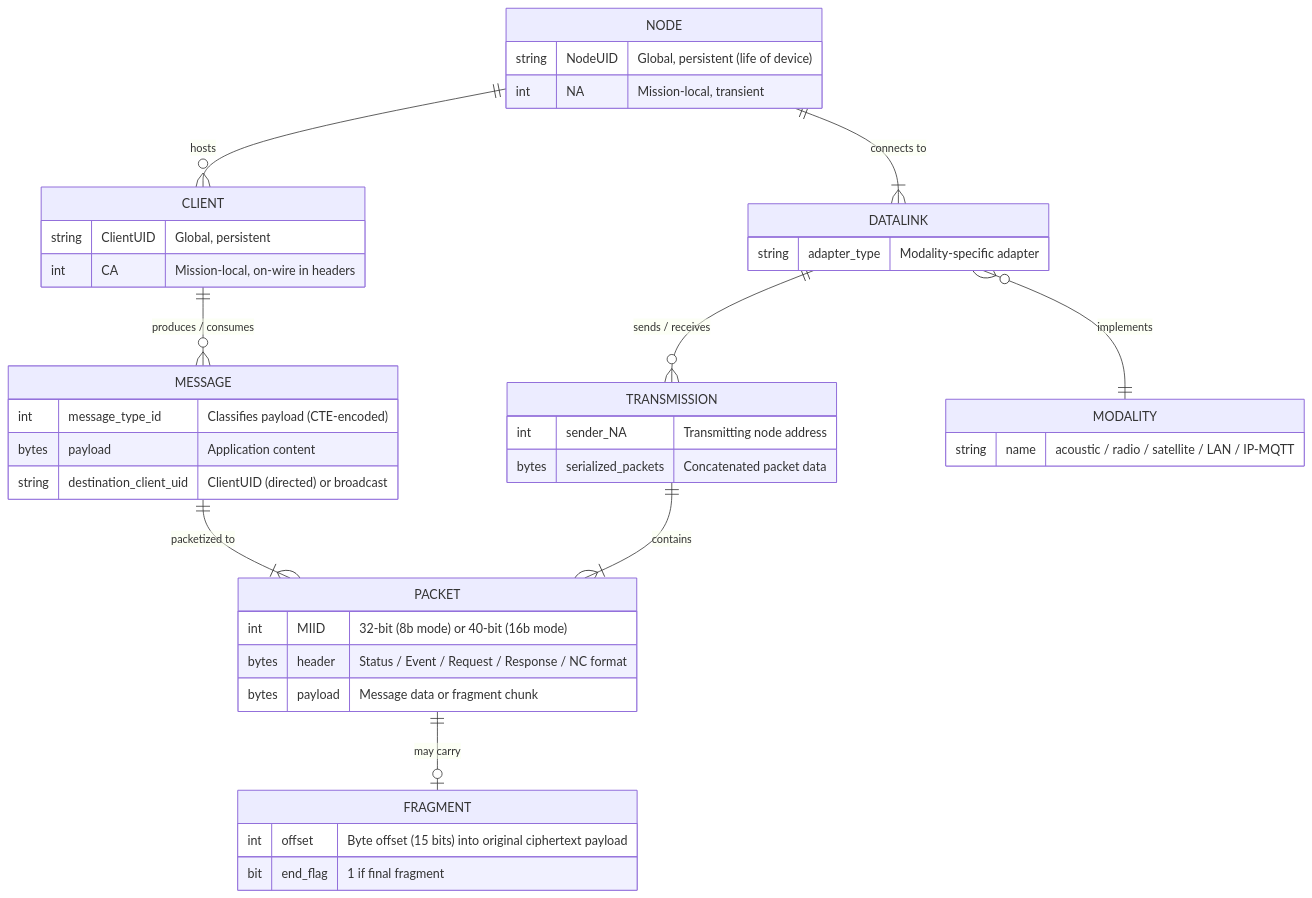
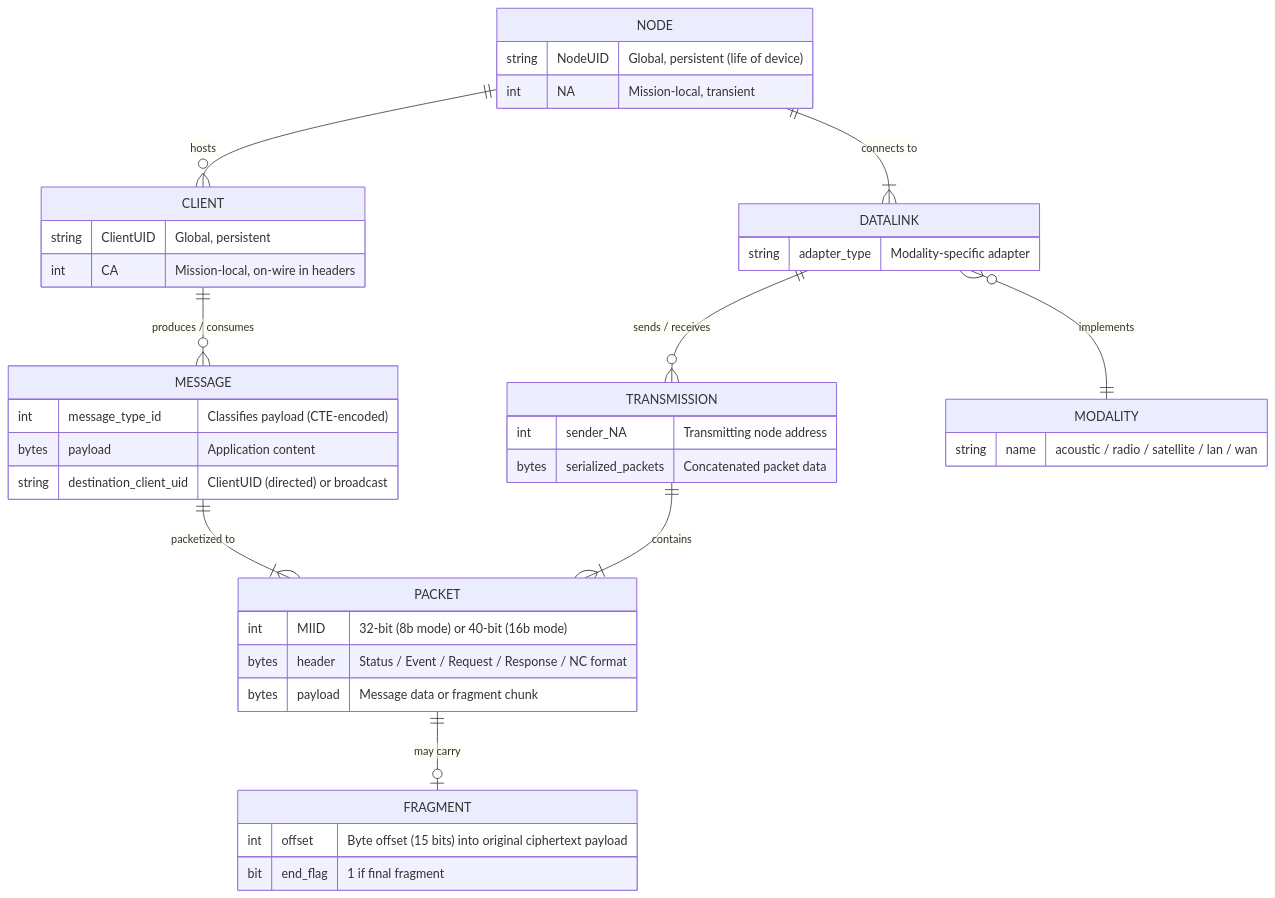
The third of 3 diagrams in sections/02-protocol-overview.md (Poseidons-Forge/m4p-spec), drawn with Mermaid before and after one commit. The commit also changed other lines of this file and 2 other files, not shown here.

Commit message:
Modality vocabulary: wan is canonical, mqtt an input alias
The canonical modality vocabulary becomes acoustic, radio, satellite,
lan, wan - matching the catalog's closed set. Parsers may accept mqtt,
ip/mqtt, and ip-mqtt as aliases for wan (bit 4, wire encoding
unchanged); every emitted name uses wan. Glossary, protocol overview,
and the on-wire modality-mask section updated together.

Knowledge-Driven Forwarding, modality-mask milestone (PSFI-1349).
Implemented by a Claude agent.

Claude-Session: https://claude.ai/code/session_01PuuwGgauhU7sm1wxnv12qp

````diff
--- a/sections/02-protocol-overview.md
+++ b/sections/02-protocol-overview.md
@@ -244,50 +244,50 @@
 ```mermaid
 ---
 config:
   theme: default
   themeVariables:
     background: '#ffffff'
 ---
 erDiagram
     NODE ||--o{ CLIENT : "hosts"
     NODE ||--|{ DATALINK : "connects to"
     CLIENT ||--o{ MESSAGE : "produces / consumes"
     MESSAGE ||--|{ PACKET : "packetized to"
     PACKET ||--o| FRAGMENT : "may carry"
     DATALINK ||--o{ TRANSMISSION : "sends / receives"
     TRANSMISSION ||--|{ PACKET : "contains"
     DATALINK }o--|| MODALITY : "implements"
 
     NODE {
         string NodeUID "Global, persistent (life of device)"
         int NA "Mission-local, transient"
     }
     CLIENT {
         string ClientUID "Global, persistent"
         int CA "Mission-local, on-wire in headers"
     }
     MESSAGE {
         int message_type_id "Classifies payload (CTE-encoded)"
         bytes payload "Application content"
         string destination_client_uid "ClientUID (directed) or broadcast"
     }
     PACKET {
         int MIID "32-bit (8b mode) or 40-bit (16b mode)"
         bytes header "Status / Event / Request / Response / NC format"
         bytes payload "Message data or fragment chunk"
     }
     FRAGMENT {
         int offset "Byte offset (15 bits) into original ciphertext payload"
         bit end_flag "1 if final fragment"
     }
     TRANSMISSION {
         int sender_NA "Transmitting node address"
         bytes serialized_packets "Concatenated packet data"
     }
     DATALINK {
         string adapter_type "Modality-specific adapter"
     }
     MODALITY {
-        string name "acoustic / radio / satellite / LAN / IP-MQTT"
+        string name "acoustic / radio / satellite / lan / wan"
     }
 ```
````
